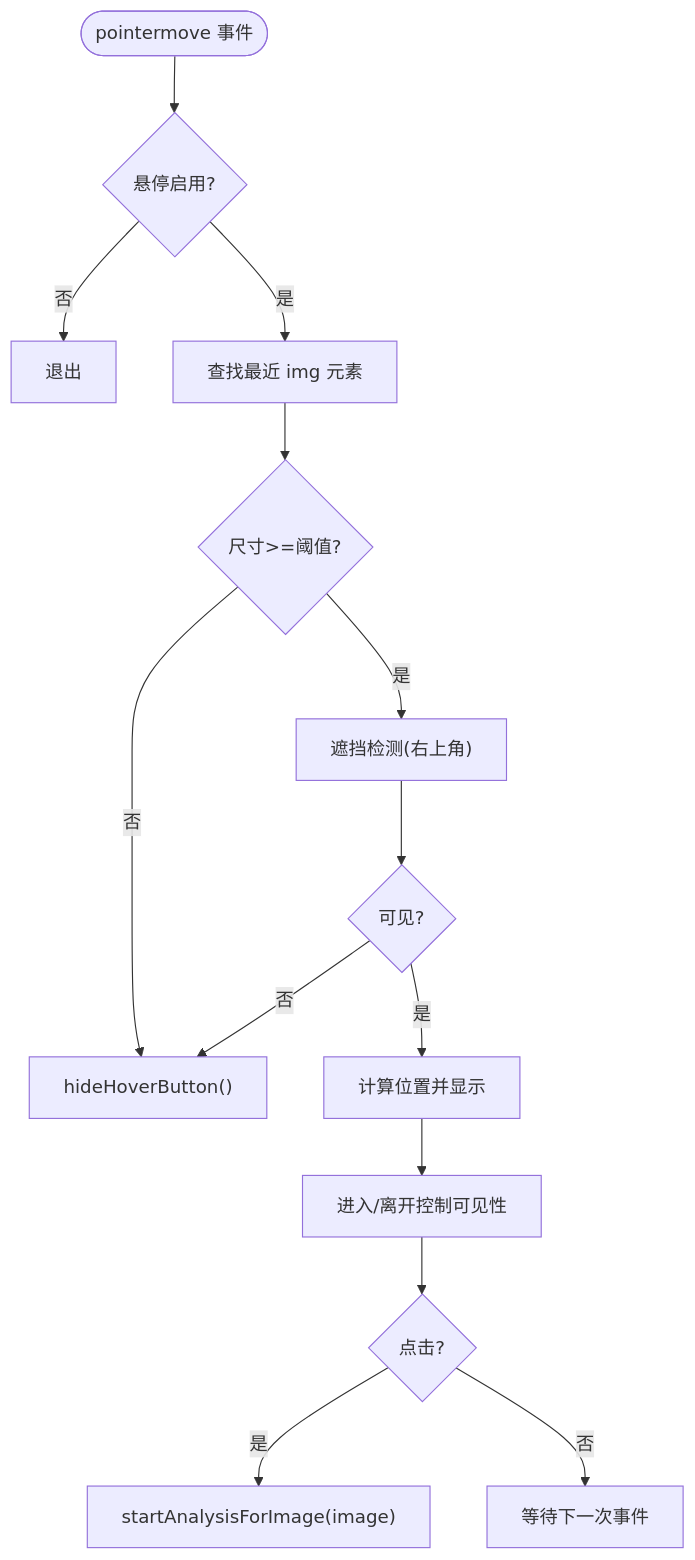
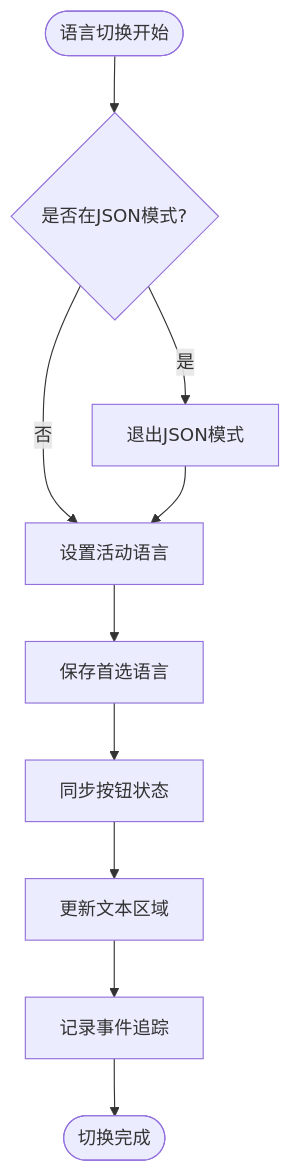
The third of 4 diagrams in .qoder/repowiki/zh/content/开发指南/功能开发/前端界面开发/内容脚本用户界面.md (binasi/Img2Prompt), drawn with Mermaid before and after one commit. The commit also changed other lines of this file and 9 other files, not shown here.

````diff
--- a/.qoder/repowiki/zh/content/开发指南/功能开发/前端界面开发/内容脚本用户界面.md
+++ b/.qoder/repowiki/zh/content/开发指南/功能开发/前端界面开发/内容脚本用户界面.md
@@ -199,16 +234,12 @@
 ```mermaid
 flowchart TD
-Enter(["pointermove 事件"]) --> Enabled{"悬停启用?"}
-Enabled --> |否| Exit["退出"]
-Enabled --> |是| FindImg["查找最近 img 元素"]
-FindImg --> Valid{"尺寸>=阈值?"}
-Valid --> |否| Hide["hideHoverButton()"]
-Valid --> |是| CheckObscure["遮挡检测(右上角)"]
-CheckObscure --> Visible{"可见?"}
-Visible --> |否| Hide
-Visible --> |是| Position["计算位置并显示"]
-Position --> Hover["进入/离开控制可见性"]
-Hover --> Click{"点击?"}
-Click --> |是| Start["startAnalysisForImage(image)"]
-Click --> |否| Wait["等待下一次事件"]
+Start(["语言切换开始"]) --> CheckJson{"是否在JSON模式?"}
+CheckJson --> |是| ExitJson["退出JSON模式"]
+CheckJson --> |否| SetLang["设置活动语言"]
+SetLang --> SavePref["保存首选语言"]
+SavePref --> SyncBtns["同步按钮状态"]
+SyncBtns --> UpdateTextarea["更新文本区域"]
+UpdateTextarea --> TrackEvent["记录事件追踪"]
+TrackEvent --> End(["切换完成"])
+ExitJson --> SetLang
 ```
````
